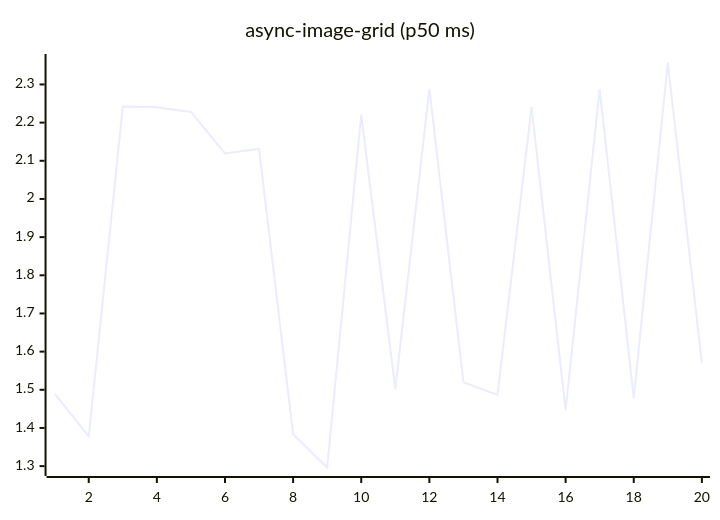
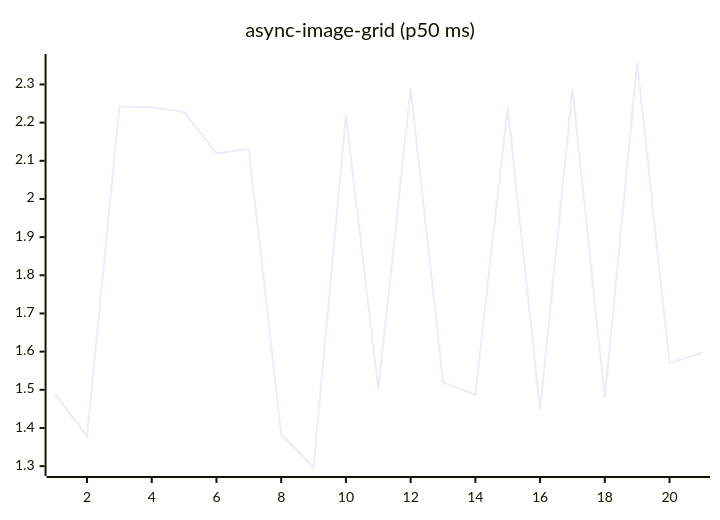
The fifth of 27 diagrams in README.md (josha/Facet), drawn with Mermaid before and after one commit. The commit also changed other lines of this file and 2 other files, not shown here.

````diff
--- a/README.md
+++ b/README.md
@@ -91,6 +91,6 @@
 ```mermaid
 xychart-beta
     title "async-image-grid (p50 ms)"
-    x-axis 1 --> 20
-    line [1.4898, 1.3778, 2.2419, 2.2404, 2.2280, 2.1194, 2.1310, 1.3834, 1.2964, 2.2208, 1.5015, 2.2886, 1.5200, 1.4868, 2.2404, 1.4470, 2.2880, 1.4779, 2.3575, 1.5699]
+    x-axis 1 --> 21
+    line [1.4898, 1.3778, 2.2419, 2.2404, 2.2280, 2.1194, 2.1310, 1.3834, 1.2964, 2.2208, 1.5015, 2.2886, 1.5200, 1.4868, 2.2404, 1.4470, 2.2880, 1.4779, 2.3575, 1.5699, 1.5969]
 ```
````
